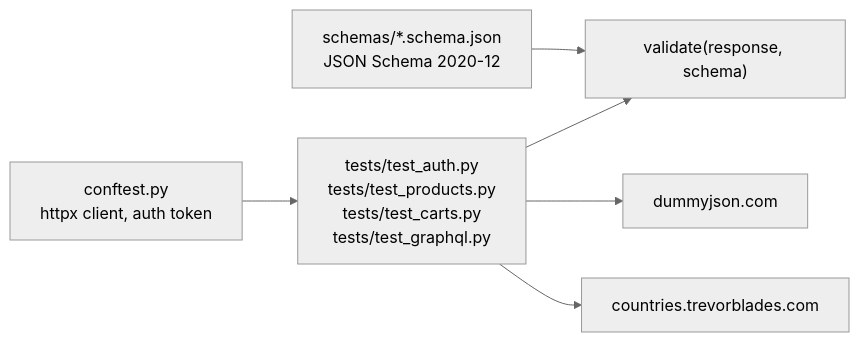
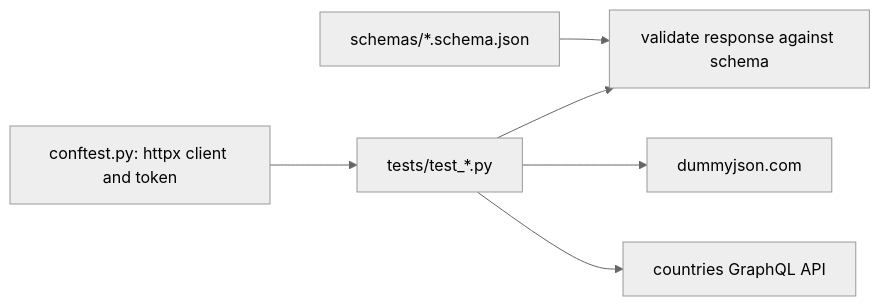
The fourth of 9 diagrams in docs/architecture.md (EarlFernandes/qa-automation-portfolio), drawn with Mermaid (neutral theme) before and after one commit. The commit also changed other lines of this file and 35 other files, not shown here.

````diff
--- a/docs/architecture.md
+++ b/docs/architecture.md
@@ -63,8 +62,8 @@
 ```mermaid
 flowchart LR
-    SCHEMAS["schemas/*.schema.json<br/>JSON Schema 2020-12"] --> CHECK["validate(response, schema)"]
-    CLIENT["conftest.py<br/>httpx client, auth token"] --> TESTS["tests/test_auth.py<br/>tests/test_products.py<br/>tests/test_carts.py<br/>tests/test_graphql.py"]
+    SCHEMAS["schemas/*.schema.json"] --> CHECK["validate response against schema"]
+    CLIENT["conftest.py: httpx client and token"] --> TESTS["tests/test_*.py"]
     TESTS --> CHECK
     TESTS --> REST["dummyjson.com"]
-    TESTS --> GQL["countries.trevorblades.com"]
+    TESTS --> GQL["countries GraphQL API"]
 ```
````
